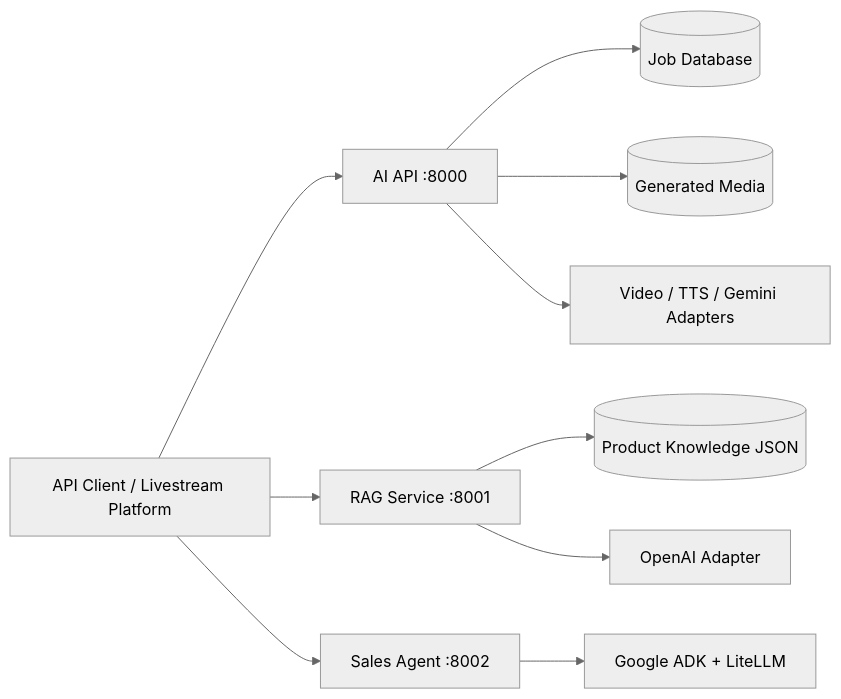
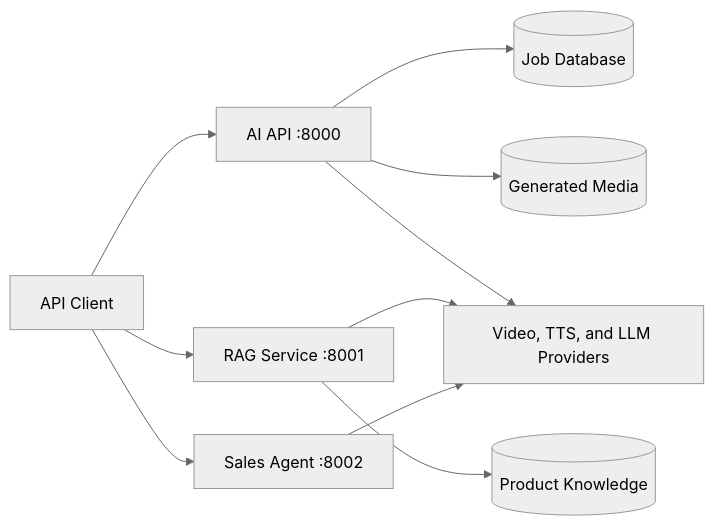
Before and after one commit to sea-hackathon-2026/ai-service: the diagram in README.md, drawn with Mermaid (neutral theme). The commit also changed other lines of this file and 6 other files, not shown here.

````diff
--- a/README.md
+++ b/README.md
@@ -22,23 +23,21 @@
 ```mermaid
 flowchart LR
-    Client[API Client / Livestream Platform]
+    Client[API Client]
     AI[AI API :8000]
     RAG[RAG Service :8001]
     Agent[Sales Agent :8002]
     DB[(Job Database)]
-    Storage[(Generated Media)]
-    Models[Video / TTS / Gemini Adapters]
-    KB[(Product Knowledge JSON)]
-    LLM[OpenAI Adapter]
-    ADK[Google ADK + LiteLLM]
+    Media[(Generated Media)]
+    Providers[Video, TTS, and LLM Providers]
+    KB[(Product Knowledge)]
 
     Client --> AI
     Client --> RAG
     Client --> Agent
     AI --> DB
-    AI --> Storage
-    AI --> Models
+    AI --> Media
+    AI --> Providers
     RAG --> KB
-    RAG --> LLM
-    Agent --> ADK
+    RAG --> Providers
+    Agent --> Providers
 ```
````
